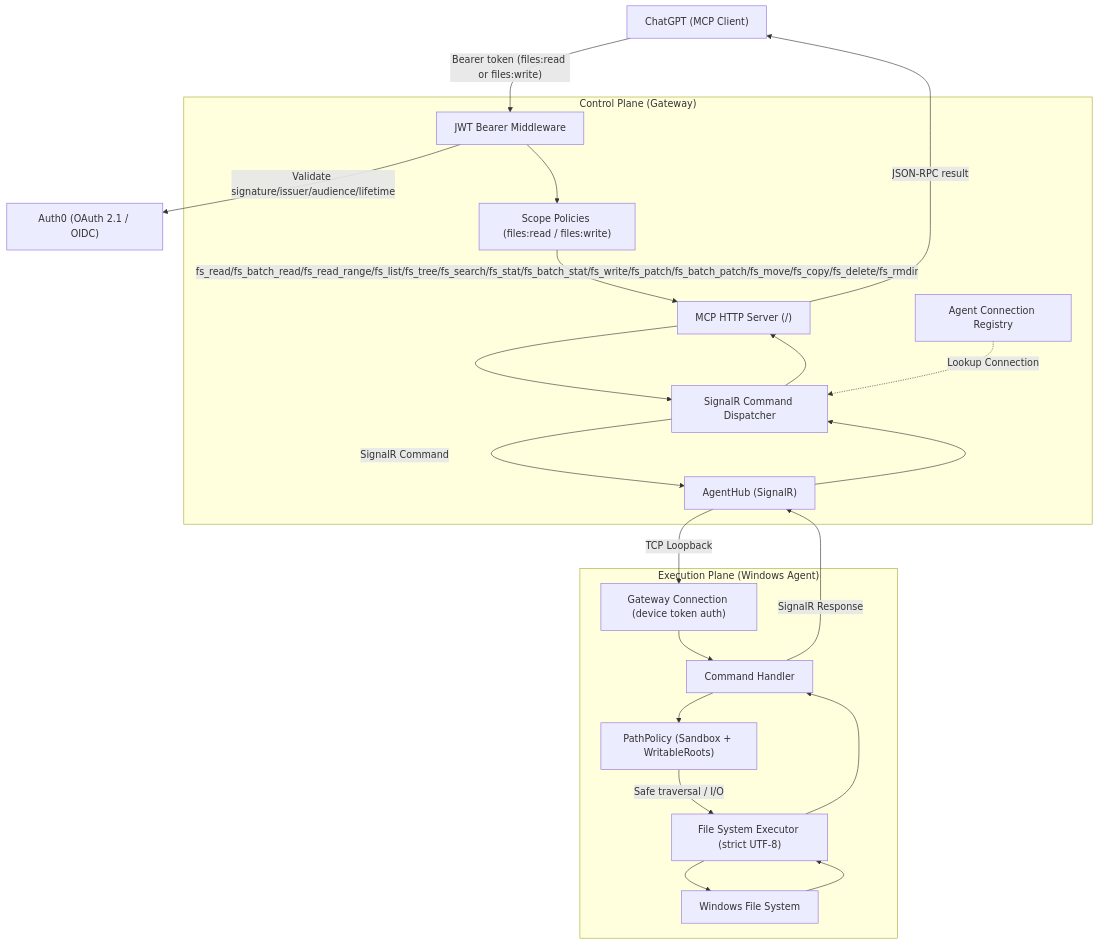
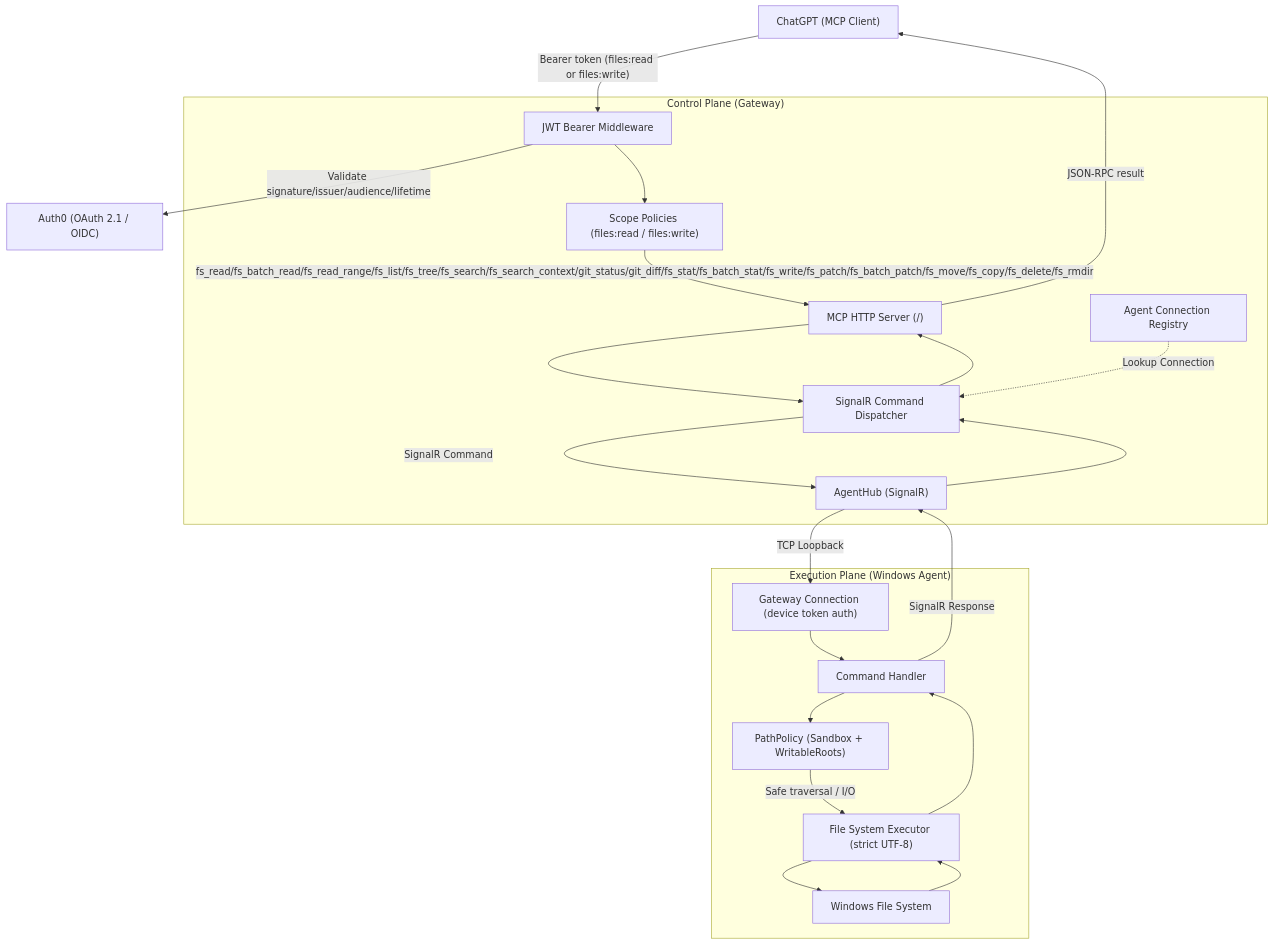
Before and after one commit to thanhdiner/Agent-Bridge: the diagram in README.md, drawn with Mermaid. The commit also changed other lines of this file and 15 other files, not shown here.

Commit message:
feat: add git status and diff tools

````diff
--- a/README.md
+++ b/README.md
@@ -9,41 +9,41 @@
 ```mermaid
 graph TD
     Client["ChatGPT (MCP Client)"]
     Auth0["Auth0 (OAuth 2.1 / OIDC)"]
 
     subgraph ControlPlane["Control Plane (Gateway)"]
         McpServer["MCP HTTP Server (/)"]
         Registry["Agent Connection Registry"]
         Dispatcher["SignalR Command Dispatcher"]
         Hub["AgentHub (SignalR)"]
         JwtMiddleware["JWT Bearer Middleware"]
         ScopePolicies["Scope Policies (files:read / files:write)"]
     end
 
     subgraph ExecutionPlane["Execution Plane (Windows Agent)"]
         Conn["Gateway Connection (device token auth)"]
         Handler["Command Handler"]
         Sandbox["PathPolicy (Sandbox + WritableRoots)"]
         Executor["File System Executor (strict UTF-8)"]
         Disk["Windows File System"]
     end
 
     Client -->|"Bearer token (files:read or files:write)"| JwtMiddleware
     JwtMiddleware -->|Validate signature/issuer/audience/lifetime| Auth0
     JwtMiddleware --> ScopePolicies
-    ScopePolicies -->|fs_read/fs_batch_read/fs_read_range/fs_list/fs_tree/fs_search/fs_stat/fs_batch_stat/fs_write/fs_patch/fs_batch_patch/fs_move/fs_copy/fs_delete/fs_rmdir| McpServer
+    ScopePolicies -->|fs_read/fs_batch_read/fs_read_range/fs_list/fs_tree/fs_search/fs_search_context/git_status/git_diff/fs_stat/fs_batch_stat/fs_write/fs_patch/fs_batch_patch/fs_move/fs_copy/fs_delete/fs_rmdir| McpServer
     McpServer --> Dispatcher
     Registry -.->|Lookup Connection| Dispatcher
     Dispatcher -->|SignalR Command| Hub
     Hub -->|TCP Loopback| Conn
     Conn --> Handler
     Handler --> Sandbox
     Sandbox -->|Safe traversal / I/O| Executor
     Executor --> Disk
     Disk --> Executor
     Executor --> Handler
     Handler -->|SignalR Response| Hub
     Hub --> Dispatcher
     Dispatcher --> McpServer
     McpServer -->|JSON-RPC result| Client
 ```
````
